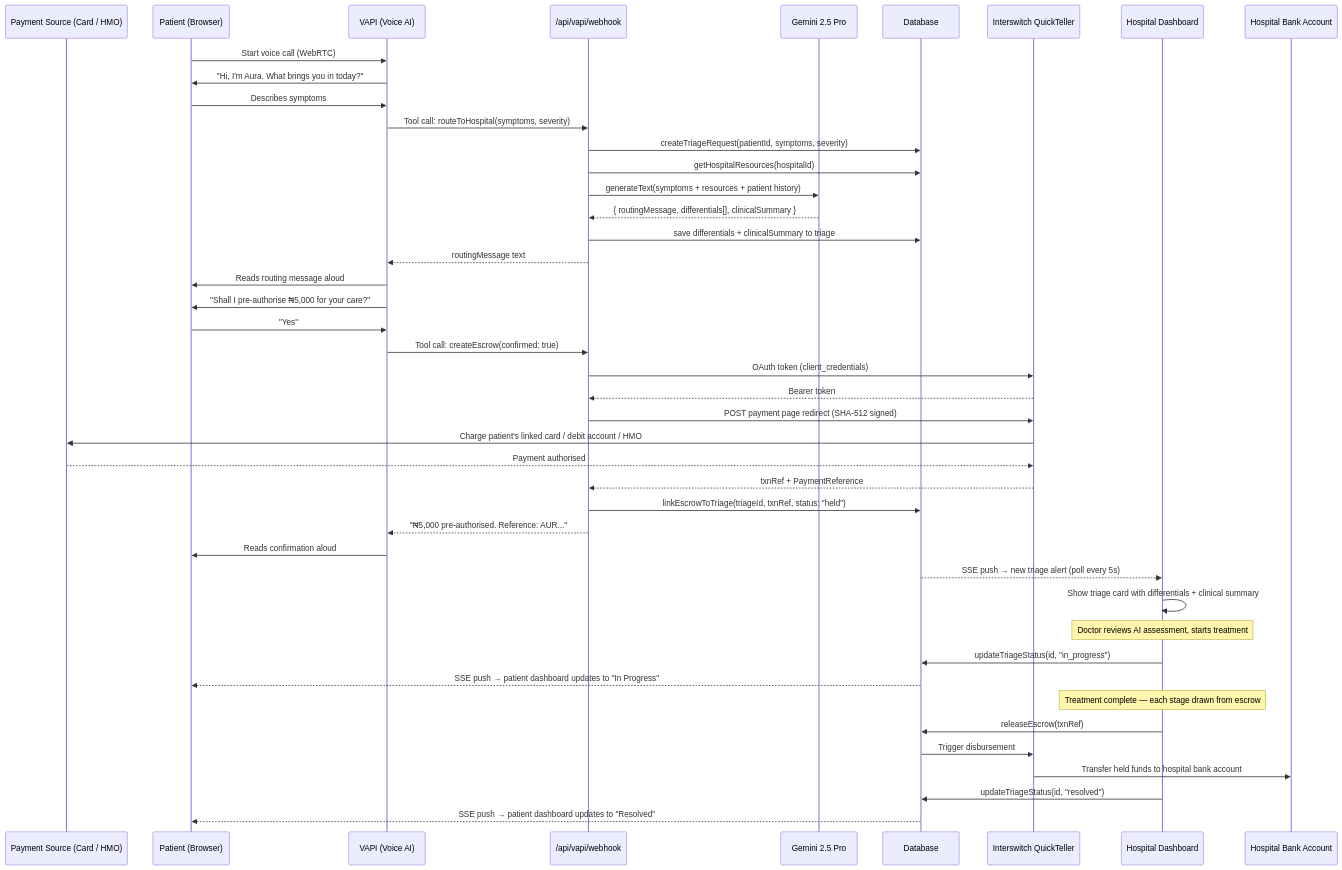
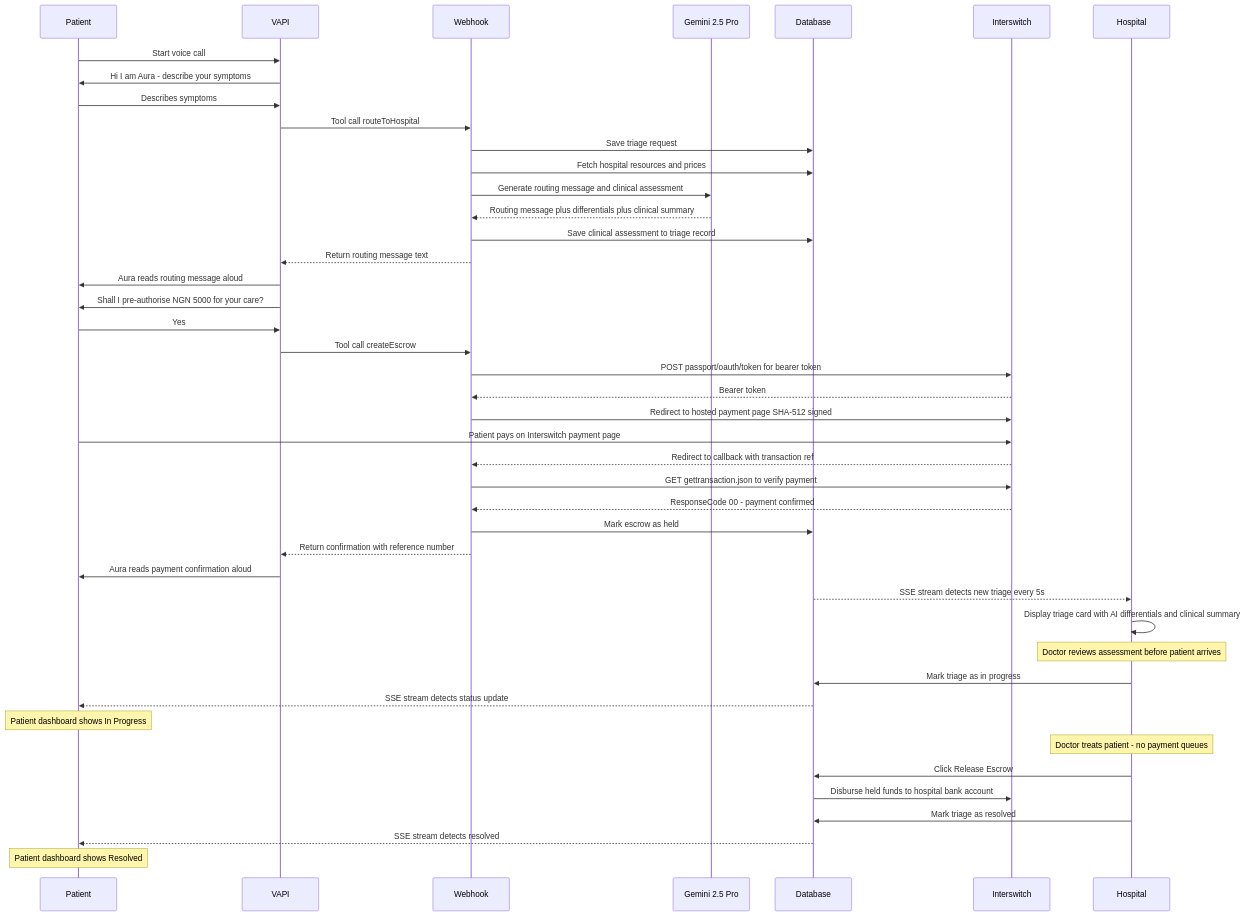
One commit to hallelx2/enyata-project changed the diagram in README.md. Above: the diagram before and after it, drawn with Mermaid. The commit also changed other lines of this file, not shown here.

First line of the commit message:
docs: Rewrite How It Works as full narrative, fix broken Mermaid diagram

````diff
--- a/README.md
+++ b/README.md
@@ -125,47 +166,47 @@
 ```mermaid
 sequenceDiagram
-    participant PS as Payment Source (Card / HMO)
-    participant P as Patient (Browser)
-    participant V as VAPI (Voice AI)
-    participant W as /api/vapi/webhook
+    participant P as Patient
+    participant V as VAPI
+    participant W as Webhook
     participant G as Gemini 2.5 Pro
     participant DB as Database
-    participant I as Interswitch QuickTeller
-    participant H as Hospital Dashboard
-    participant HB as Hospital Bank Account
+    participant I as Interswitch
+    participant H as Hospital
 
-    P->>V: Start voice call (WebRTC)
-    V->>P: "Hi, I'm Aura. What brings you in today?"
+    P->>V: Start voice call
+    V->>P: Hi I am Aura - describe your symptoms
     P->>V: Describes symptoms
-    V->>W: Tool call: routeToHospital(symptoms, severity)
-    W->>DB: createTriageRequest(patientId, symptoms, severity)
-    W->>DB: getHospitalResources(hospitalId)
-    W->>G: generateText(symptoms + resources + patient history)
-    G-->>W: { routingMessage, differentials[], clinicalSummary }
-    W->>DB: save differentials + clinicalSummary to triage
-    W-->>V: routingMessage text
-    V->>P: Reads routing message aloud
-    V->>P: "Shall I pre-authorise ₦5,000 for your care?"
-    P->>V: "Yes"
-    V->>W: Tool call: createEscrow(confirmed: true)
-    W->>I: OAuth token (client_credentials)
+    V->>W: Tool call routeToHospital
+    W->>DB: Save triage request
+    W->>DB: Fetch hospital resources and prices
+    W->>G: Generate routing message and clinical assessment
+    G-->>W: Routing message plus differentials plus clinical summary
+    W->>DB: Save clinical assessment to triage record
+    W-->>V: Return routing message text
+    V->>P: Aura reads routing message aloud
+    V->>P: Shall I pre-authorise NGN 5000 for your care?
+    P->>V: Yes
+    V->>W: Tool call createEscrow
+    W->>I: POST passport/oauth/token for bearer token
     I-->>W: Bearer token
-    W->>I: POST payment page redirect (SHA-512 signed)
-    I->>PS: Charge patient's linked card / debit account / HMO
-    PS-->>I: Payment authorised
-    I-->>W: txnRef + PaymentReference
-    W->>DB: linkEscrowToTriage(triageId, txnRef, status: "held")
-    W-->>V: "₦5,000 pre-authorised. Reference: AUR..."
-    V->>P: Reads confirmation aloud
-    DB-->>H: SSE push → new triage alert (poll every 5s)
-    H->>H: Show triage card with differentials + clinical summary
-    Note over H: Doctor reviews AI assessment, starts treatment
-    H->>DB: updateTriageStatus(id, "in_progress")
-    DB-->>P: SSE push → patient dashboard updates to "In Progress"
-    Note over H: Treatment complete — each stage drawn from escrow
-    H->>DB: releaseEscrow(txnRef)
-    DB->>I: Trigger disbursement
-    I->>HB: Transfer held funds to hospital bank account
-    H->>DB: updateTriageStatus(id, "resolved")
-    DB-->>P: SSE push → patient dashboard updates to "Resolved"
+    W->>I: Redirect to hosted payment page SHA-512 signed
+    P->>I: Patient pays on Interswitch payment page
+    I-->>W: Redirect to callback with transaction ref
+    W->>I: GET gettransaction.json to verify payment
+    I-->>W: ResponseCode 00 - payment confirmed
+    W->>DB: Mark escrow as held
+    W-->>V: Return confirmation with reference number
+    V->>P: Aura reads payment confirmation aloud
+    DB-->>H: SSE stream detects new triage every 5s
+    H->>H: Display triage card with AI differentials and clinical summary
+    Note over H: Doctor reviews assessment before patient arrives
+    H->>DB: Mark triage as in progress
+    DB-->>P: SSE stream detects status update
+    Note over P: Patient dashboard shows In Progress
+    Note over H: Doctor treats patient - no payment queues
+    H->>DB: Click Release Escrow
+    DB->>I: Disburse held funds to hospital bank account
+    H->>DB: Mark triage as resolved
+    DB-->>P: SSE stream detects resolved
+    Note over P: Patient dashboard shows Resolved
 ```
````
